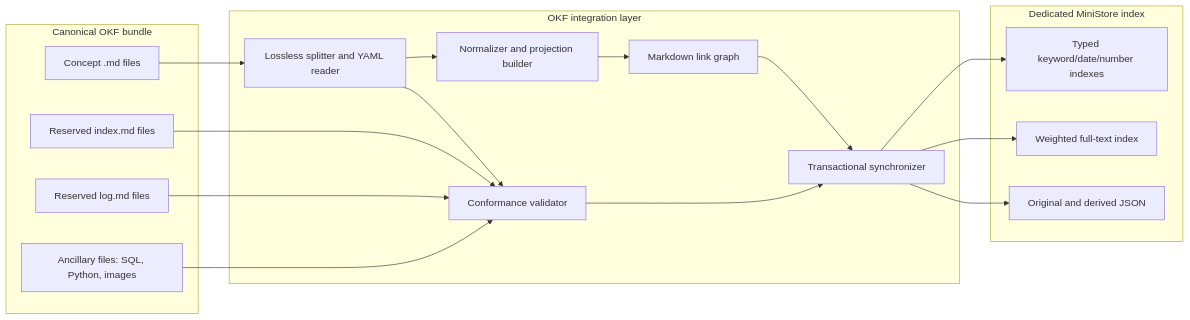
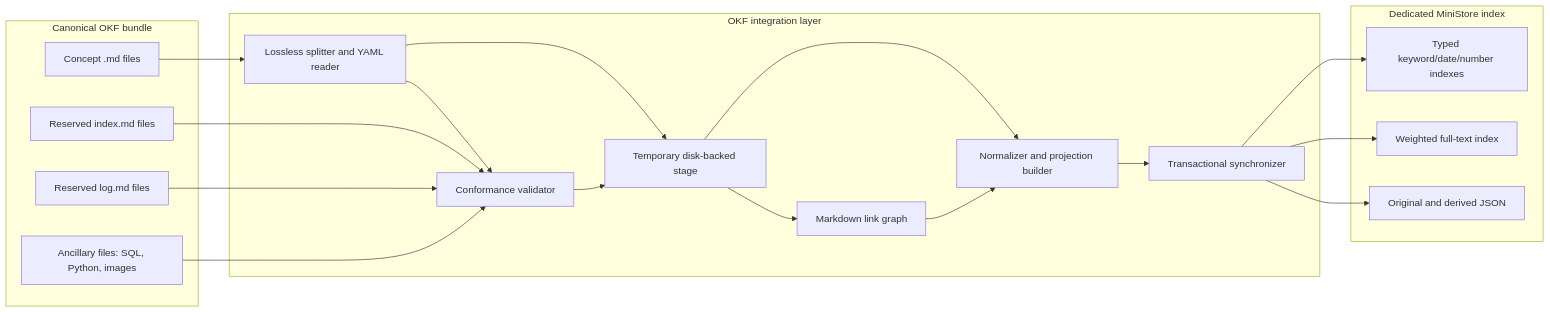
The first of 3 diagrams in docs/DESIGN.okf.md (nonibytes/ministore), drawn with Mermaid before and after one commit. The commit also changed other lines of this file, not shown here.

First line of the commit message:
docs(okf): bound synchronization memory with disk staging

````diff
--- a/docs/DESIGN.okf.md
+++ b/docs/DESIGN.okf.md
@@ -129,36 +129,39 @@
 ```mermaid
 flowchart LR
     subgraph Canonical["Canonical OKF bundle"]
         C["Concept .md files"]
         I["Reserved index.md files"]
         L["Reserved log.md files"]
         A["Ancillary files: SQL, Python, images"]
     end
 
     subgraph OKFLayer["OKF integration layer"]
         P["Lossless splitter and YAML reader"]
         V["Conformance validator"]
         M["Normalizer and projection builder"]
         G["Markdown link graph"]
+        D["Temporary disk-backed stage"]
         S["Transactional synchronizer"]
     end
 
     subgraph Store["Dedicated MiniStore index"]
         J["Original and derived JSON"]
         F["Weighted full-text index"]
         T["Typed keyword/date/number indexes"]
     end
 
     C --> P
     I --> V
     L --> V
     A --> V
     P --> V
-    P --> M
-    M --> G
-    G --> S
-    V --> S
+    P --> D
+    V --> D
+    D --> G
+    D --> M
+    G --> M
+    M --> S
     S --> J
     S --> F
     S --> T
 ```
````
